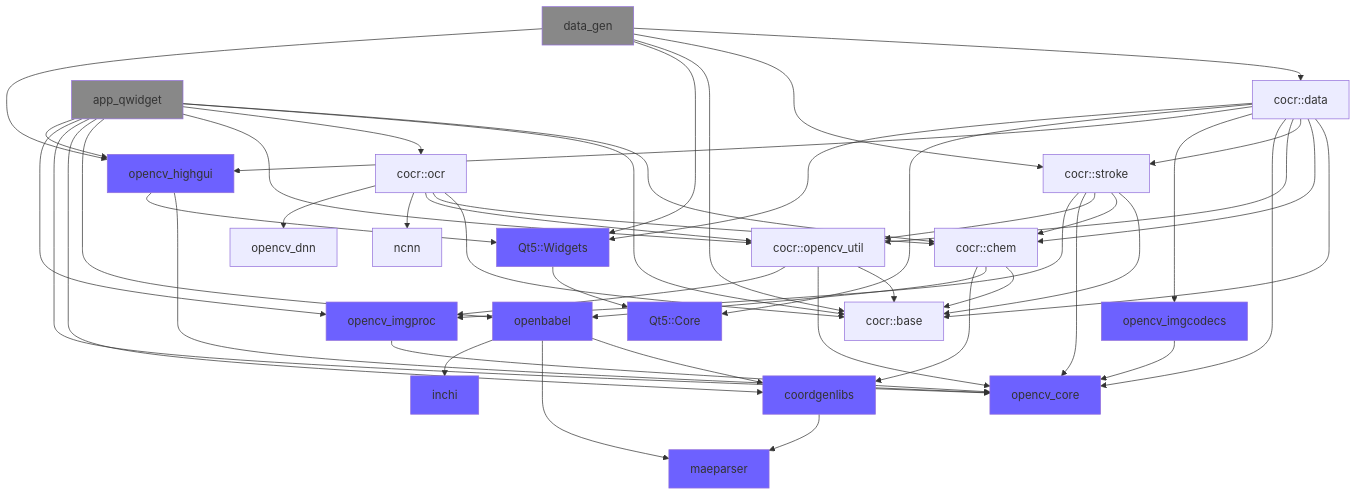
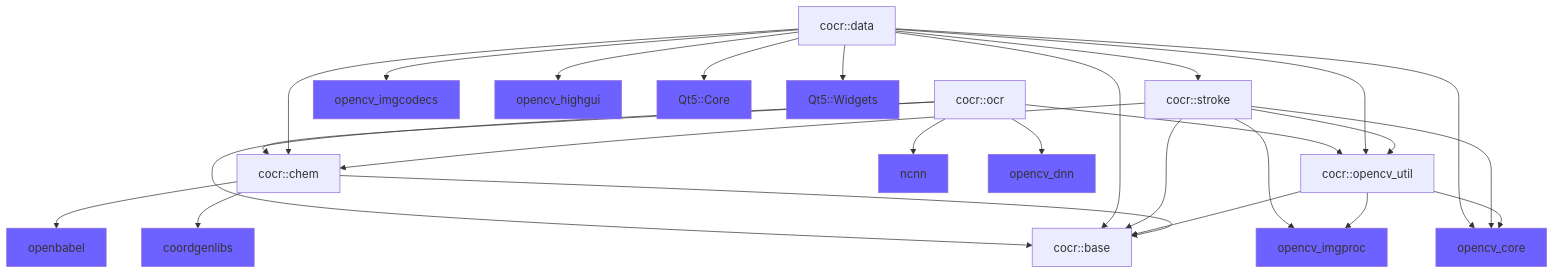
The first of 3 diagrams in README.md (xuguodong1999/COCR), drawn with Mermaid before and after one commit. The commit also changed other lines of this file, not shown here.

Commit message:
fix: split flow chart

````diff
--- a/README.md
+++ b/README.md
@@ -44,67 +46,39 @@
 ```mermaid
 graph TB
     cocr::chem --> cocr::base
-    cocr::chem --> openbabel
-    cocr::chem --> coordgenlibs
+    cocr::chem --> openbabel:::deps
+    cocr::chem --> coordgenlibs:::deps
     
     cocr::opencv_util --> cocr::base
-    cocr::opencv_util --> opencv_core
-    cocr::opencv_util --> opencv_imgproc
+    cocr::opencv_util --> opencv_core:::deps
+    cocr::opencv_util --> opencv_imgproc:::deps
     
     
     cocr::stroke --> cocr::base
     cocr::stroke --> cocr::chem
     cocr::stroke --> cocr::opencv_util
     
-    cocr::stroke --> opencv_core
-    cocr::stroke --> opencv_imgproc
+    cocr::stroke --> opencv_core:::deps
+    cocr::stroke --> opencv_imgproc:::deps
    
     cocr::data --> cocr::base
     cocr::data --> cocr::chem
     cocr::data --> cocr::stroke
     cocr::data --> cocr::opencv_util
     
-    cocr::data --> opencv_core
-    cocr::data --> opencv_imgcodecs
-    cocr::data --> opencv_highgui
-    cocr::data --> Qt5::Core
-    cocr::data --> Qt5::Widgets
+    cocr::data --> opencv_core:::deps
+    cocr::data --> opencv_imgcodecs:::deps
+    cocr::data --> opencv_highgui:::deps
+    cocr::data --> Qt5::Core:::deps
+    cocr::data --> Qt5::Widgets:::deps
    
     cocr::ocr --> cocr::base
     cocr::ocr --> cocr::chem
     cocr::ocr --> cocr::opencv_util
     
-    cocr::ocr --> ncnn
-    cocr::ocr --> opencv_dnn
-    
-    Qt5::Widgets:::deps --> Qt5::Core:::deps
-    opencv_imgproc:::deps --> opencv_core:::deps
-    opencv_imgcodecs:::deps --> opencv_core
-    opencv_highgui:::deps --> opencv_core
-    opencv_highgui --> Qt5::Widgets
-    
-    openbabel --> coordgenlibs
-    openbabel --> maeparser
-    openbabel:::deps --> inchi:::deps
-    coordgenlibs:::deps --> maeparser:::deps
+    cocr::ocr --> ncnn:::deps
+    cocr::ocr --> opencv_dnn:::deps
     
     classDef deps fill:#6d61ff;
-    
-    app_qwidget:::app --> cocr::chem
-    app_qwidget --> cocr::base
-    app_qwidget --> cocr::ocr
-    app_qwidget --> cocr::opencv_util
-    app_qwidget --> openbabel
-    app_qwidget --> coordgenlibs
-    app_qwidget --> opencv_core
-    app_qwidget --> opencv_imgproc
-    app_qwidget --> opencv_highgui
-    
-    data_gen:::app --> cocr::data
-    data_gen --> cocr::stroke
-    data_gen --> cocr::base
-    data_gen --> Qt5::Widgets
-    data_gen --> opencv_highgui
-    
     classDef app fill:#888888;
 ```
````
